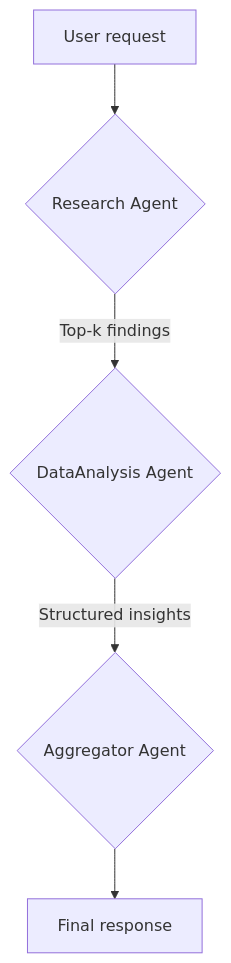
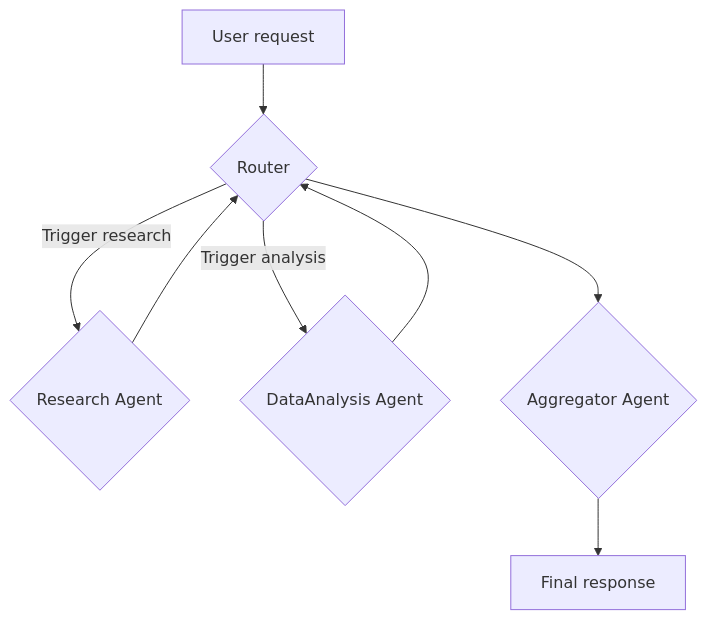
One commit to Rkomi98/Datapizza changed the first of 2 diagrams in DatapizzAI/PizzAI/Agents/README_AGENT_COMPLETE_GUIDE_EN.md. Above: the diagram before and after it, drawn with Mermaid. The commit also changed other lines of this file and 1 other file, not shown here.

Commit message:
New research

````diff
--- a/DatapizzAI/PizzAI/Agents/README_AGENT_COMPLETE_GUIDE_EN.md
+++ b/DatapizzAI/PizzAI/Agents/README_AGENT_COMPLETE_GUIDE_EN.md
@@ -91,7 +91,10 @@
 ```mermaid
 graph TD
-    U["User request"] --> R{"Research Agent"}
-    R -->|Top-k findings| D{"DataAnalysis Agent"}
-    D -->|Structured insights| G{"Aggregator Agent"}
+    U["User request"] --> T{"Router"}
+    T -->|Trigger research| R{"Research Agent"}
+    T -->|Trigger analysis| D{"DataAnalysis Agent"}
+    R --> T
+    D --> T
+    T --> G{"Aggregator Agent"}
     G --> F["Final response"]
 ```
````
